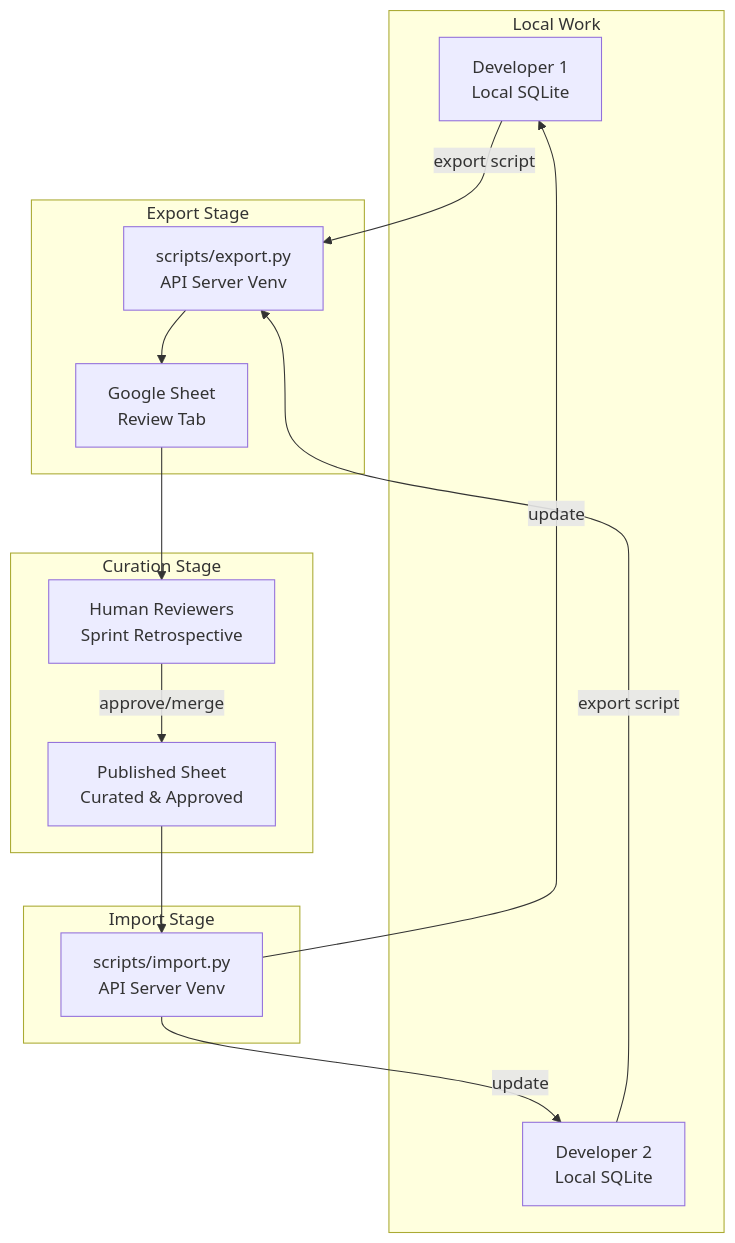
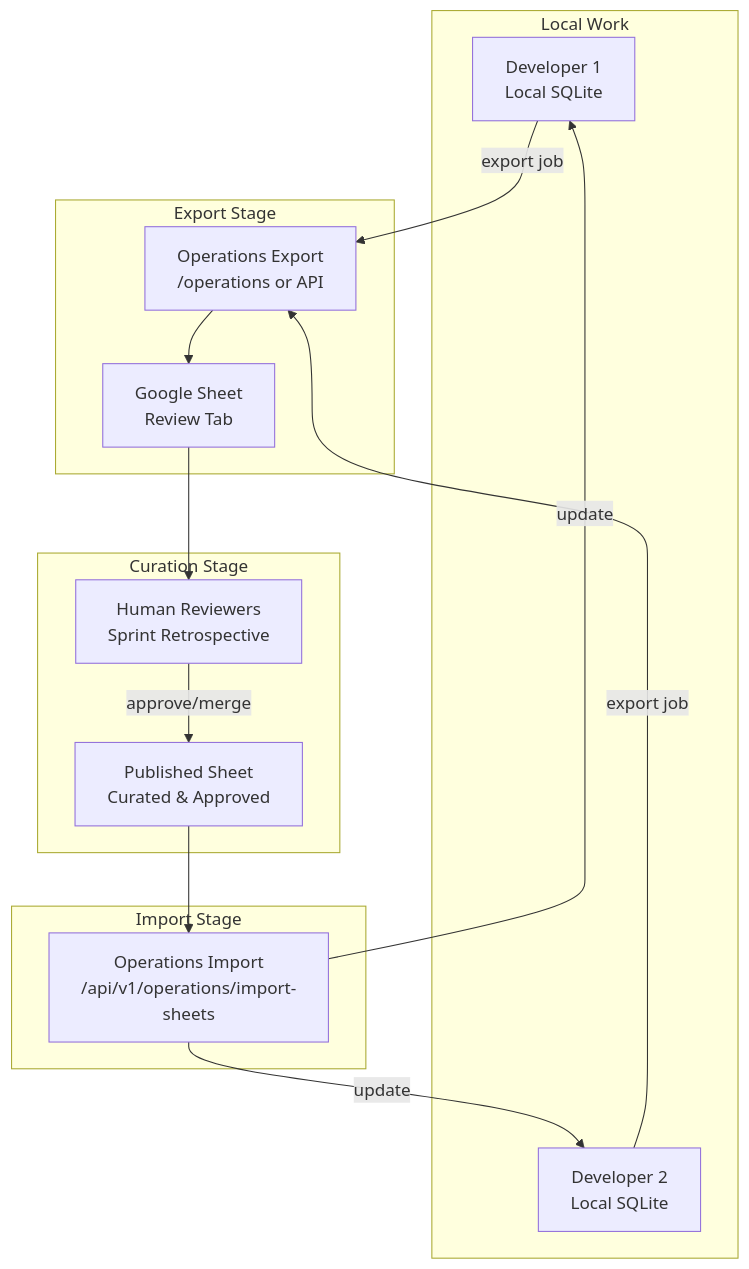
The fourth of 4 diagrams in doc/architecture.md (tyouritsugun/curated-heuristic-loop), drawn with Mermaid before and after one commit. The commit also changed other lines of this file and 8 other files, not shown here.

````diff
--- a/doc/architecture.md
+++ b/doc/architecture.md
@@ -217,30 +221,30 @@
 ```mermaid
 flowchart TD
     subgraph "Local Work"
         DEV1[Developer 1<br/>Local SQLite]
         DEV2[Developer 2<br/>Local SQLite]
     end
 
     subgraph "Export Stage"
-        EXPORT[scripts/export.py<br/>API Server Venv]
+        EXPORT[Operations Export<br/>/operations or API]
         REVIEW[Google Sheet<br/>Review Tab]
     end
 
     subgraph "Curation Stage"
         CURATOR[Human Reviewers<br/>Sprint Retrospective]
         PUBLISHED[Published Sheet<br/>Curated & Approved]
     end
 
     subgraph "Import Stage"
-        IMPORT[scripts/import.py<br/>API Server Venv]
+        IMPORT[Operations Import<br/>/api/v1/operations/import-sheets]
     end
 
-    DEV1 -->|export script| EXPORT
-    DEV2 -->|export script| EXPORT
+    DEV1 -->|export job| EXPORT
+    DEV2 -->|export job| EXPORT
     EXPORT --> REVIEW
     REVIEW --> CURATOR
     CURATOR -->|approve/merge| PUBLISHED
     PUBLISHED --> IMPORT
     IMPORT -->|update| DEV1
     IMPORT -->|update| DEV2
 ```
````
